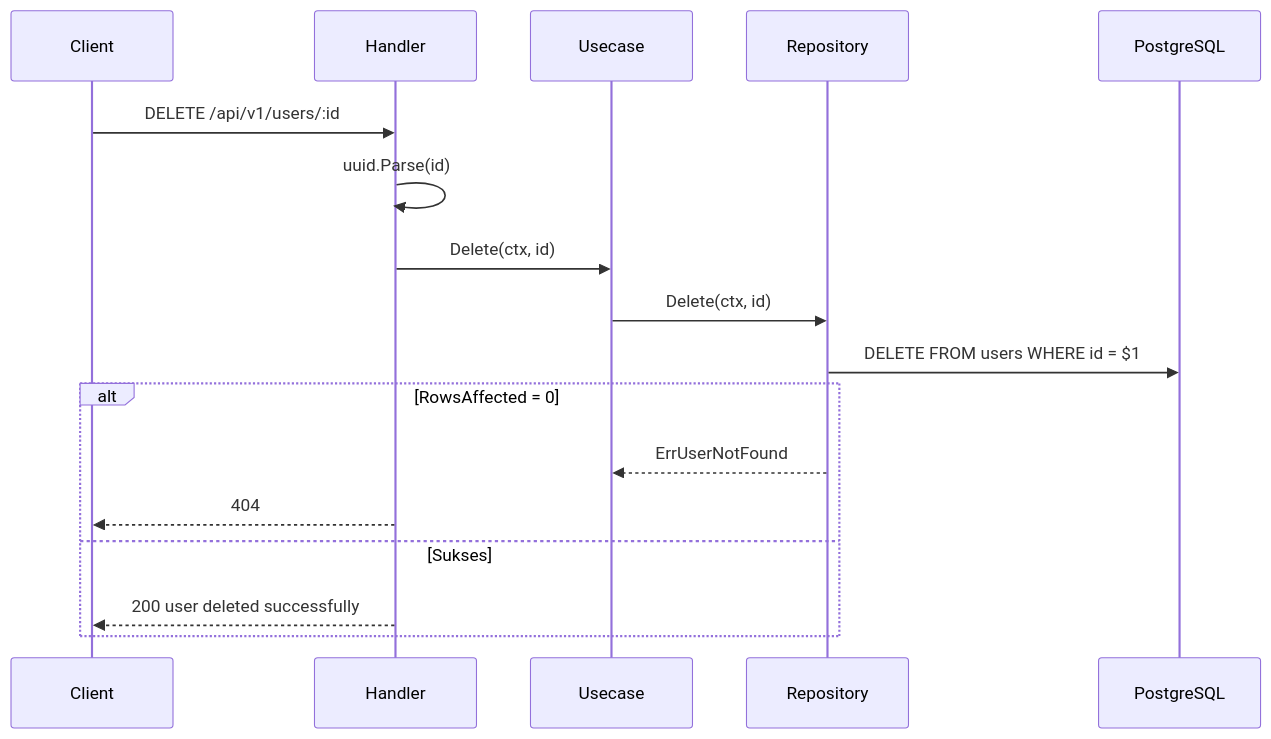
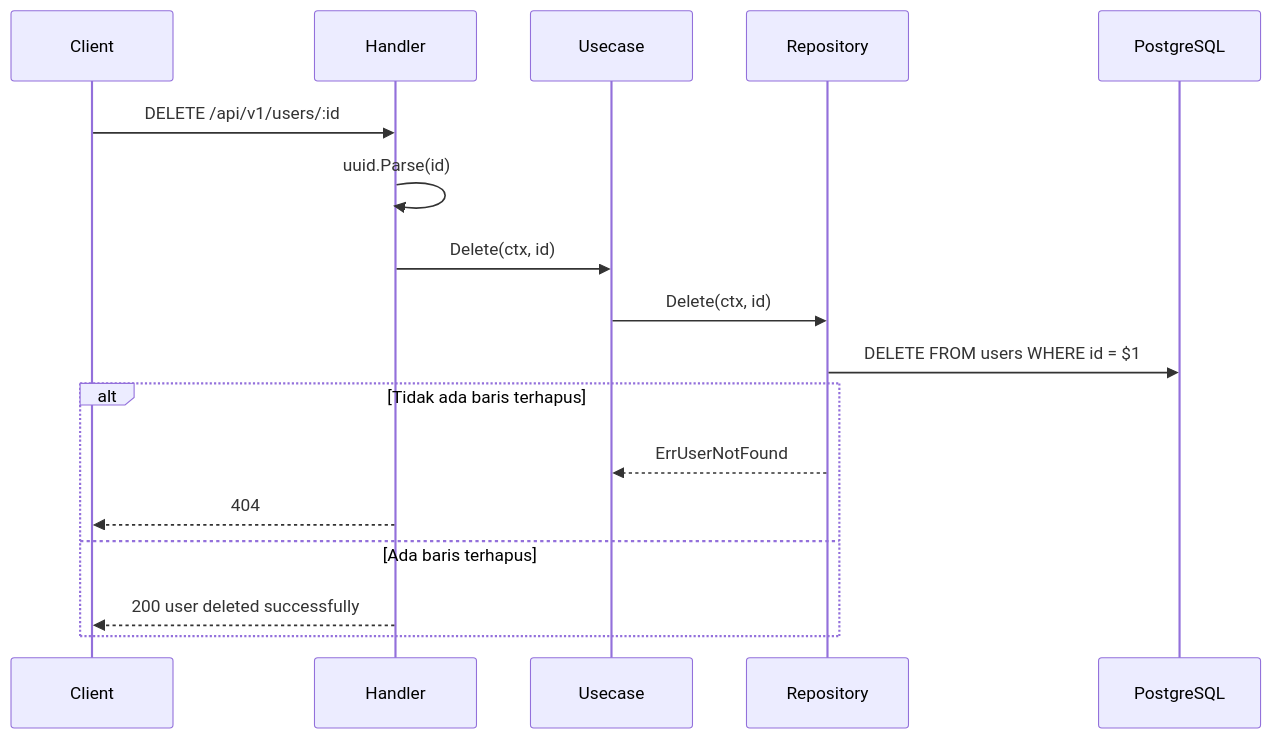
The seventh of 7 diagrams in docs/PROCESS.md (chairoel/BE-ToDoList), drawn with Mermaid before and after one commit. The commit also changed other lines of this file, not shown here.

Commit message:
[DOCS] rewrite process flow docs for beginners

````diff
--- a/docs/PROCESS.md
+++ b/docs/PROCESS.md
@@ -266,20 +558,20 @@
 ```mermaid
 sequenceDiagram
     participant C as Client
     participant H as Handler
     participant U as Usecase
     participant Repo as Repository
     participant DB as PostgreSQL
 
     C->>H: DELETE /api/v1/users/:id
     H->>H: uuid.Parse(id)
     H->>U: Delete(ctx, id)
     U->>Repo: Delete(ctx, id)
     Repo->>DB: DELETE FROM users WHERE id = $1
-    alt RowsAffected = 0
+    alt Tidak ada baris terhapus
         Repo-->>U: ErrUserNotFound
         H-->>C: 404
-    else Sukses
+    else Ada baris terhapus
         H-->>C: 200 user deleted successfully
     end
 ```
````
